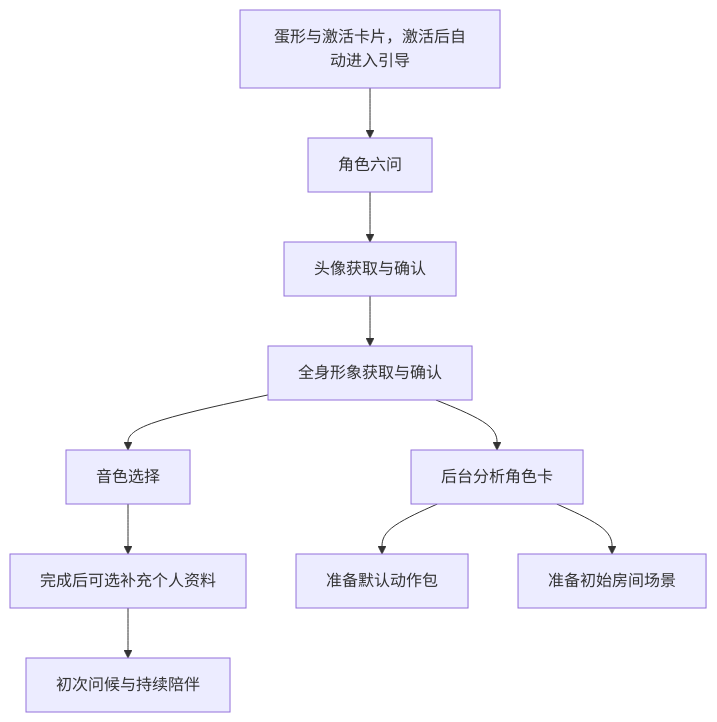
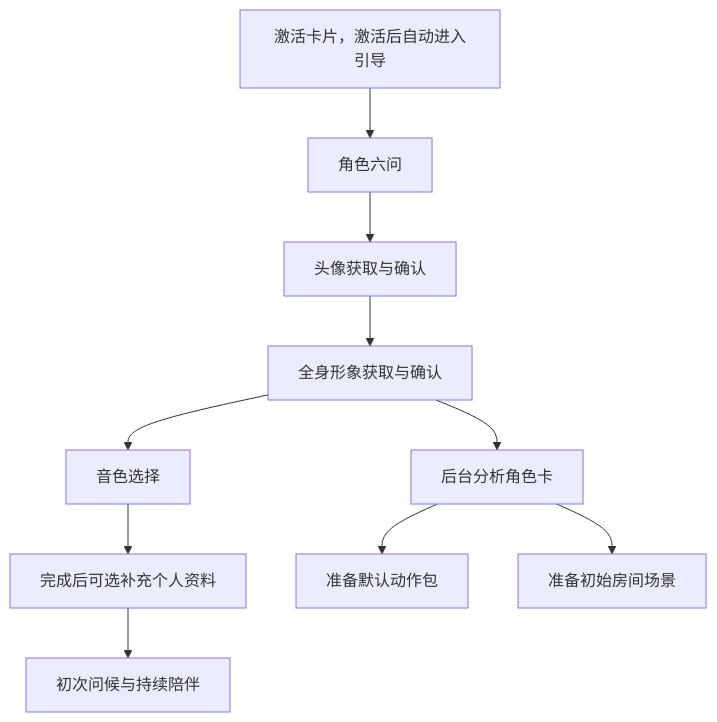
One commit to yangjinming1062/SpiritAgent changed the diagram in docs/DESIGN.md. Above: the diagram before and after it, drawn with Mermaid. The commit also changed other lines of this file and 2 other files, not shown here.

````diff
--- a/docs/DESIGN.md
+++ b/docs/DESIGN.md
@@ -15,12 +15,12 @@
 ```mermaid
 flowchart TD
-    Egg[蛋形与激活卡片，激活后自动进入引导] --> Role[角色六问]
+    Activation[激活卡片，激活后自动进入引导] --> Role[角色六问]
     Role --> Avatar[头像获取与确认]
     Avatar --> Full[全身形象获取与确认]
     Full --> Voice[音色选择]
     Voice --> User[完成后可选补充个人资料]
     User --> Greeting[初次问候与持续陪伴]
     Full --> Card[后台分析角色卡]
     Card --> Video[准备默认动作包]
     Card --> Scene[准备初始房间场景]
 ```
````
